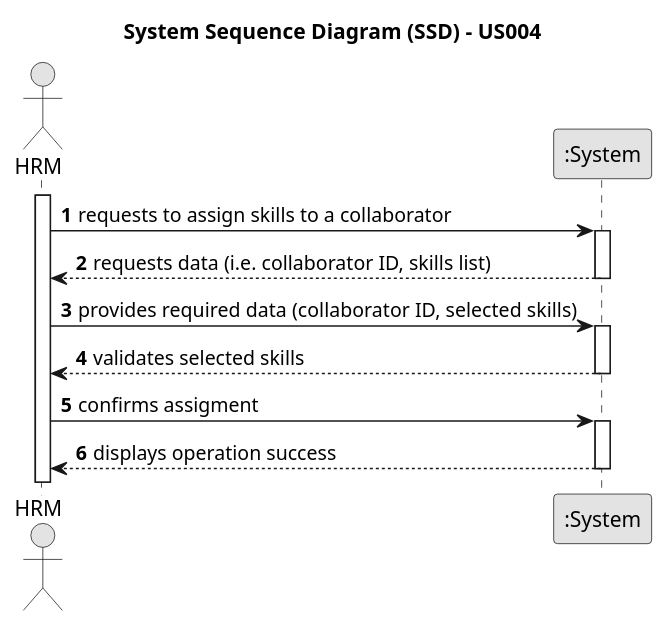
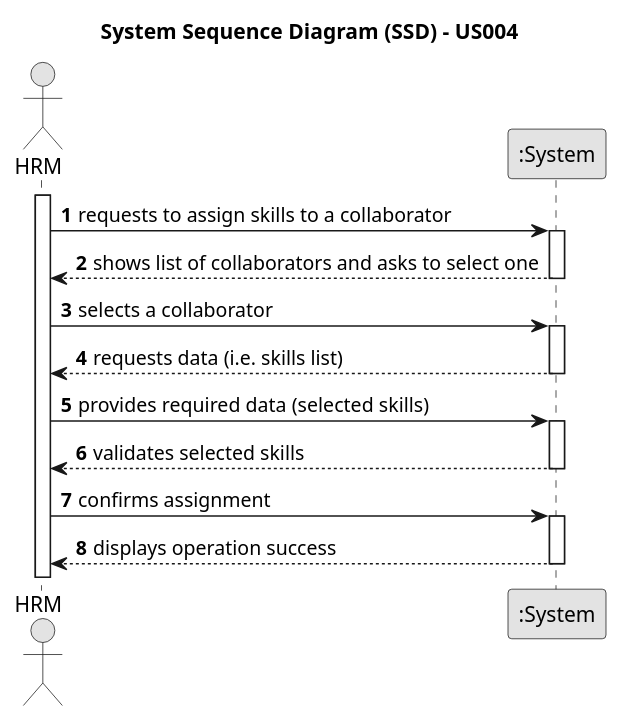
The diagram in docs/sprintA/us004/01.requirements-engineering/puml/us004-system-sequence-diagram-alternative-one.puml (ricardomm7/leaflink), drawn with PlantUML before and after one commit. The commit also changed 17 other files, not shown here.

```diff
--- a/docs/sprintA/us004/01.requirements-engineering/puml/us004-system-sequence-diagram-alternative-one.puml
+++ b/docs/sprintA/us004/01.requirements-engineering/puml/us004-system-sequence-diagram-alternative-one.puml
@@ -1,33 +1,38 @@
 @startuml
 skinparam monochrome true
 skinparam packageStyle rectangle
 skinparam shadowing false
 
 title System Sequence Diagram (SSD) - US004
 
 autonumber
 
 actor "HRM" as HRM
 participant ":System" as System
 
 activate HRM
 
     HRM -> System : requests to assign skills to a collaborator
     activate System
 
-        System --> HRM : requests data (i.e. collaborator ID, skills list)
+        System --> HRM : shows list of collaborators and asks to select one
     deactivate System
 
-    HRM -> System : provides required data (collaborator ID, selected skills)
+    HRM -> System : selects a collaborator
+    activate System
+
+        System --> HRM : requests data (i.e. skills list)
+    deactivate System
+
+    HRM -> System : provides required data (selected skills)
     activate System
 
         System --> HRM : validates selected skills
     deactivate System
 
-    HRM -> System : confirms assigment
+    HRM -> System : confirms assignment
     activate System
 
         System --> HRM : displays operation success
     deactivate System
-
 @enduml
```
